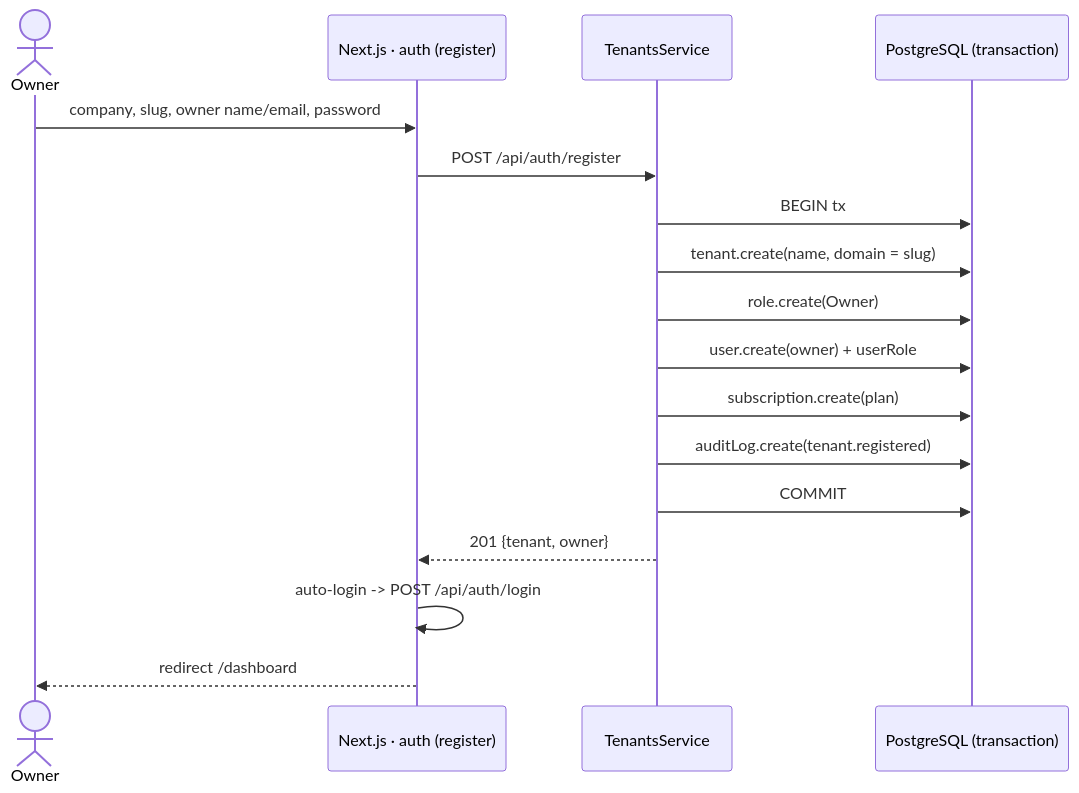
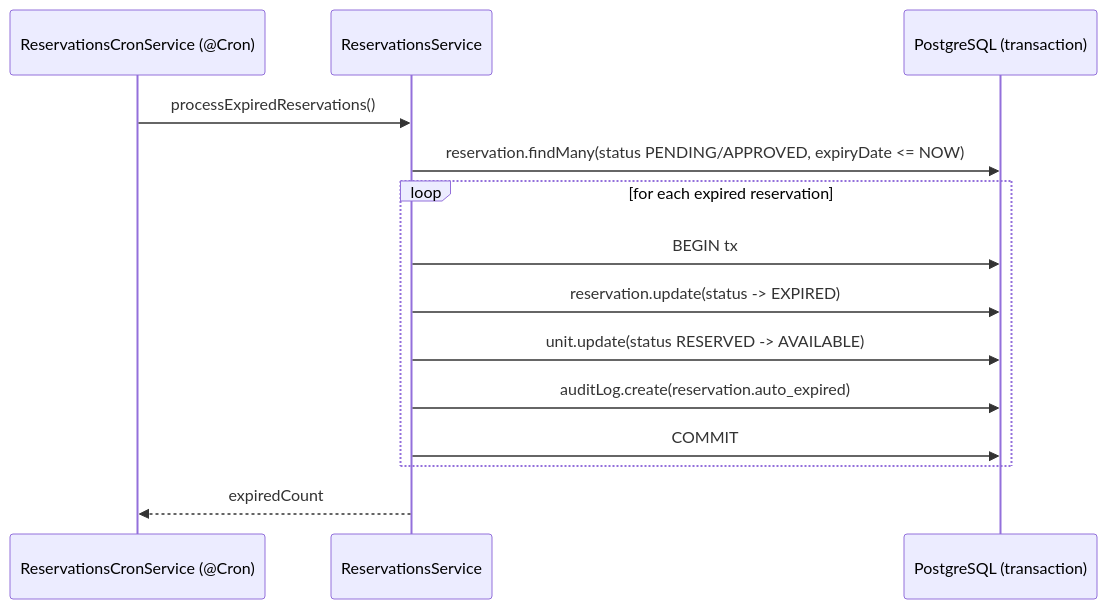
Before and after one commit to BirhanuB123/BetFlow-CRM: the fifth of 5 diagrams in docs/sequence-diagrams.md, drawn with Mermaid. The commit also changed other lines of this file and 229 other files, not shown here.

````diff
--- a/docs/sequence-diagrams.md
+++ b/docs/sequence-diagrams.md
@@ -142,20 +134,17 @@
 ```mermaid
 sequenceDiagram
-    actor Owner
-    participant Web as Next.js · auth (register)
-    participant TSvc as TenantsService
+    participant Cron as ReservationsCronService (@Cron)
+    participant RSvc as ReservationsService
     participant DB as PostgreSQL (transaction)
 
-    Owner->>Web: company, slug, owner name/email, password
-    Web->>TSvc: POST /api/auth/register
-    TSvc->>DB: BEGIN tx
-    TSvc->>DB: tenant.create(name, domain = slug)
-    TSvc->>DB: role.create(Owner)
-    TSvc->>DB: user.create(owner) + userRole
-    TSvc->>DB: subscription.create(plan)
-    TSvc->>DB: auditLog.create(tenant.registered)
-    TSvc->>DB: COMMIT
-    TSvc-->>Web: 201 {tenant, owner}
-    Web->>Web: auto-login -> POST /api/auth/login
-    Web-->>Owner: redirect /dashboard
+    Cron->>RSvc: processExpiredReservations()
+    RSvc->>DB: reservation.findMany(status PENDING/APPROVED, expiryDate <= NOW)
+    loop for each expired reservation
+        RSvc->>DB: BEGIN tx
+        RSvc->>DB: reservation.update(status -> EXPIRED)
+        RSvc->>DB: unit.update(status RESERVED -> AVAILABLE)
+        RSvc->>DB: auditLog.create(reservation.auto_expired)
+        RSvc->>DB: COMMIT
+    end
+    RSvc-->>Cron: expiredCount
 ```
````
